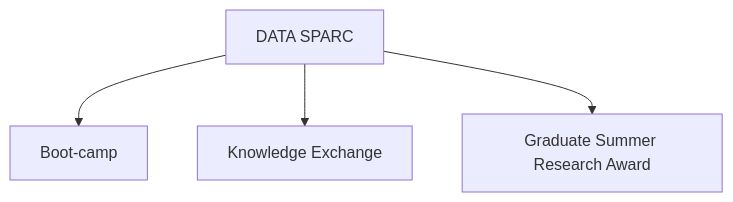
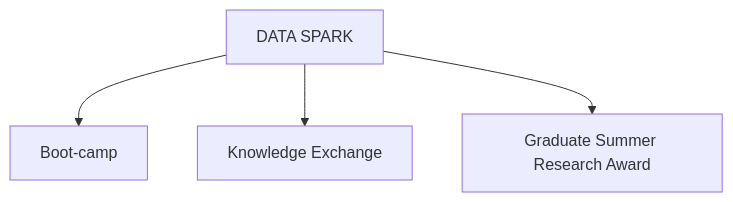
One commit to caids-datalab/caids-datalab.github.io changed the diagram in DATA_SPARK.qmd. Above: the diagram before and after it, drawn with Mermaid. The commit also changed other lines of this file, not shown here.

Commit message:
SPARC > SPARK

````diff
--- a/DATA_SPARK.qmd
+++ b/DATA_SPARK.qmd
@@ -30,11 +30,11 @@
 ```{mermaid}
 flowchart TB
     A[Boot-camp]
     B[Knowledge Exchange]
     C[Graduate Summer Research Award]
 
-    D[DATA SPARC]
+    D[DATA SPARK]
     D --> A
     D --> B
     D --> C
 ```
````
